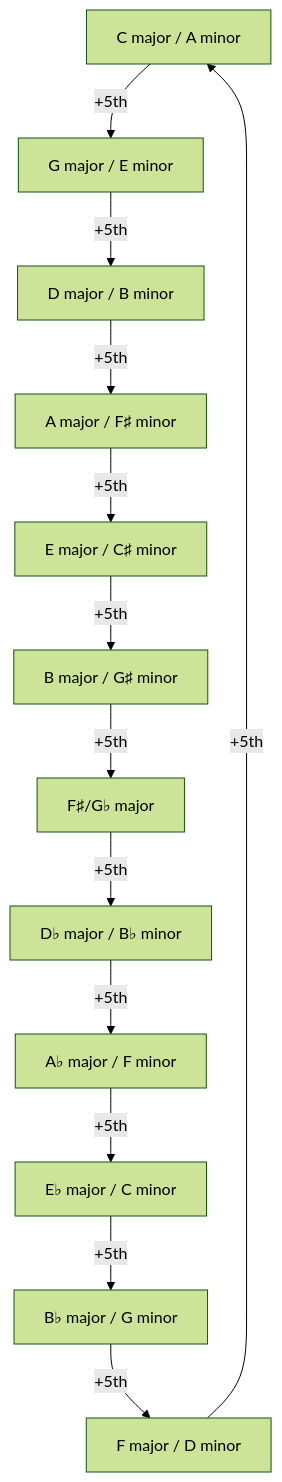
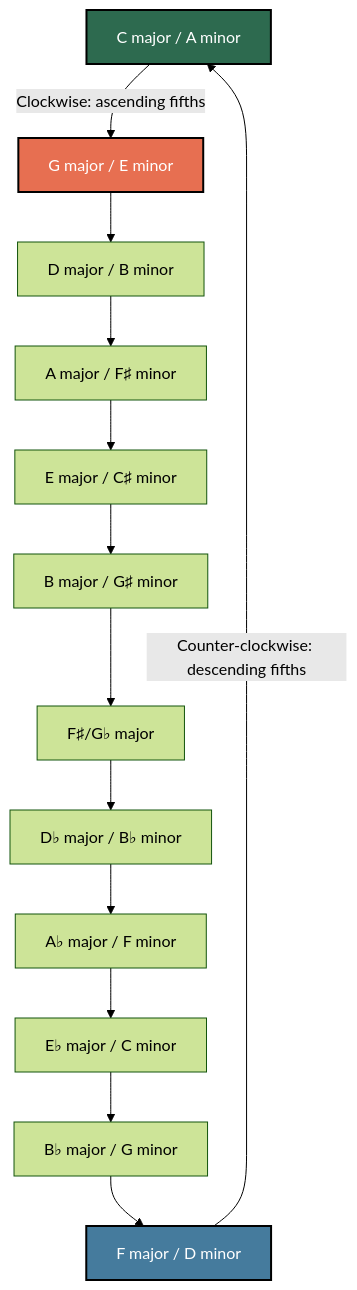
The fourth of 5 diagrams in topics/arts/composition/songwriting/lesson_04_harmonic_progressions.md (blebleblee/synapse), drawn with Mermaid (forest theme) before and after one commit. The commit also changed other lines of this file and 4 other files, not shown here.

````diff
--- a/topics/arts/composition/songwriting/lesson_04_harmonic_progressions.md
+++ b/topics/arts/composition/songwriting/lesson_04_harmonic_progressions.md
@@ -163,15 +257,32 @@
 ```mermaid
 graph TD
-    C["C major / A minor"] -->|"+5th"| G["G major / E minor"]
-    G -->|"+5th"| D["D major / B minor"]
-    D -->|"+5th"| A["A major / F♯ minor"]
-    A -->|"+5th"| E["E major / C♯ minor"]
-    E -->|"+5th"| B["B major / G♯ minor"]
-    B -->|"+5th"| Fs["F♯/G♭ major"]
-    Fs -->|"+5th"| Db["D♭ major / B♭ minor"]
-    Db -->|"+5th"| Ab["A♭ major / F minor"]
-    Ab -->|"+5th"| Eb["E♭ major / C minor"]
-    Eb -->|"+5th"| Bb["B♭ major / G minor"]
-    Bb -->|"+5th"| F["F major / D minor"]
-    F -->|"+5th"| C
+    C["C major / A minor"]
+    G["G major / E minor"]
+    D["D major / B minor"]
+    A["A major / F♯ minor"]
+    E["E major / C♯ minor"]
+    B["B major / G♯ minor"]
+    Fs["F♯/G♭ major"]
+    Db["D♭ major / B♭ minor"]
+    Ab["A♭ major / F minor"]
+    Eb["E♭ major / C minor"]
+    Bb["B♭ major / G minor"]
+    F["F major / D minor"]
+
+    C -->|"Clockwise: ascending fifths"| G
+    G --> D
+    D --> A
+    A --> E
+    E --> B
+    B --> Fs
+    Fs --> Db
+    Db --> Ab
+    Ab --> Eb
+    Eb --> Bb
+    Bb --> F
+    F -->|"Counter-clockwise: descending fifths"| C
+
+    style C fill:#2d6a4f,stroke:#000,stroke-width:2px,color:#fff
+    style G fill:#e76f51,stroke:#000,stroke-width:2px,color:#fff
+    style F fill:#457b9d,stroke:#000,stroke-width:2px,color:#fff
 ```
````
